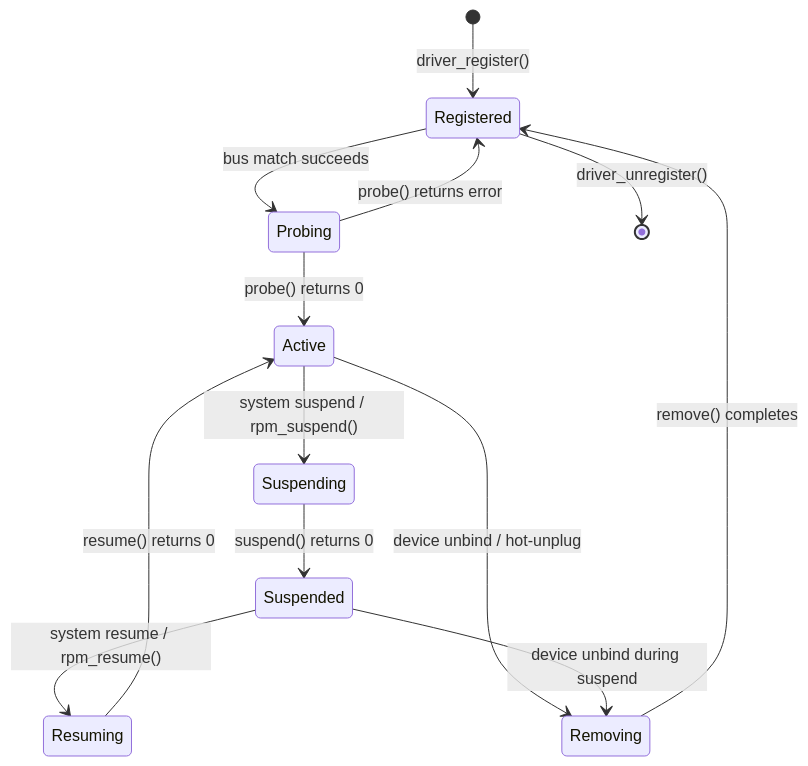
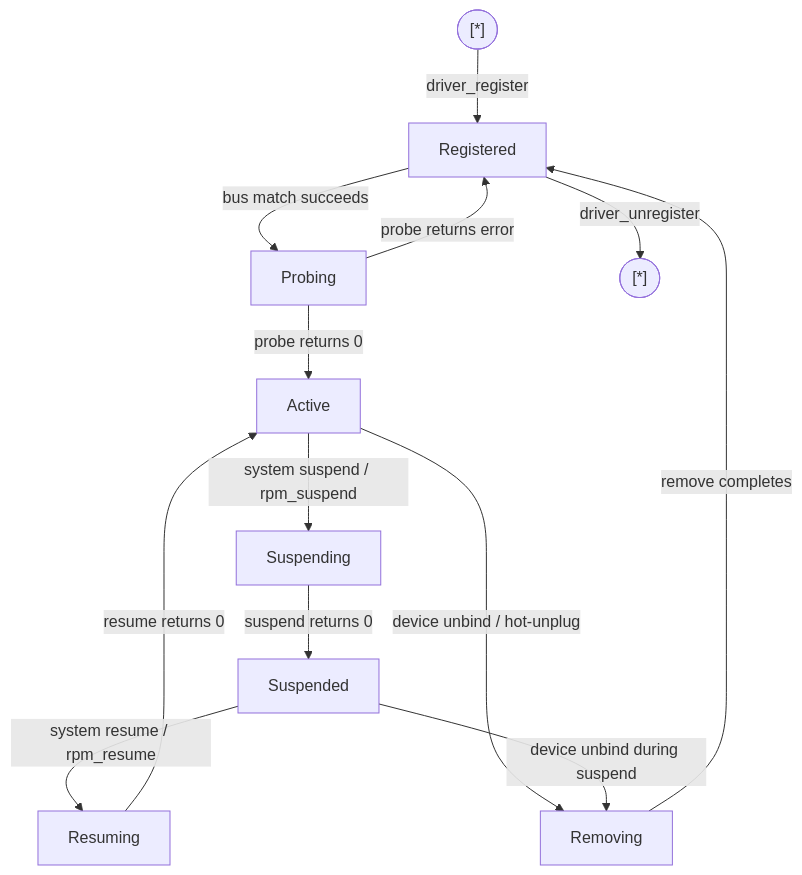
One commit to blebleblee/synapse changed the first of 2 diagrams in topics/computing/infrastructure/linux_device_drivers/lesson_04_driver_debugging_and_testing.md. Above: the diagram before and after it, drawn with Mermaid. The commit also changed other lines of this file and 1464 other files, not shown here.

Commit message:
feat(release): curriculum vector mermaid upgrade, render hardening, and master synpack

````diff
--- a/topics/computing/infrastructure/linux_device_drivers/lesson_04_driver_debugging_and_testing.md
+++ b/topics/computing/infrastructure/linux_device_drivers/lesson_04_driver_debugging_and_testing.md
@@ -23,15 +23,25 @@
 ```mermaid
-stateDiagram-v2
-    [*] --> Registered : driver_register()
-    Registered --> Probing : bus match succeeds
-    Probing --> Active : probe() returns 0
-    Probing --> Registered : probe() returns error
-    Active --> Suspending : system suspend / rpm_suspend()
-    Suspending --> Suspended : suspend() returns 0
-    Suspended --> Resuming : system resume / rpm_resume()
-    Resuming --> Active : resume() returns 0
-    Active --> Removing : device unbind / hot-unplug
-    Suspended --> Removing : device unbind during suspend
-    Removing --> Registered : remove() completes
-    Registered --> [*] : driver_unregister()
+flowchart TD
+    Start(["[*]"])
+    Registered["Registered"]
+    Probing["Probing"]
+    Active["Active"]
+    Suspending["Suspending"]
+    Suspended["Suspended"]
+    Resuming["Resuming"]
+    Removing["Removing"]
+    End(["[*]"])
+    
+    Start -->|driver_register| Registered
+    Registered -->|"bus match succeeds"| Probing
+    Probing -->|"probe returns 0"| Active
+    Probing -->|"probe returns error"| Registered
+    Active -->|"system suspend / rpm_suspend"| Suspending
+    Suspending -->|"suspend returns 0"| Suspended
+    Suspended -->|"system resume / rpm_resume"| Resuming
+    Resuming -->|"resume returns 0"| Active
+    Active -->|"device unbind / hot-unplug"| Removing
+    Suspended -->|"device unbind during suspend"| Removing
+    Removing -->|"remove completes"| Registered
+    Registered -->|driver_unregister| End
 ```
````
